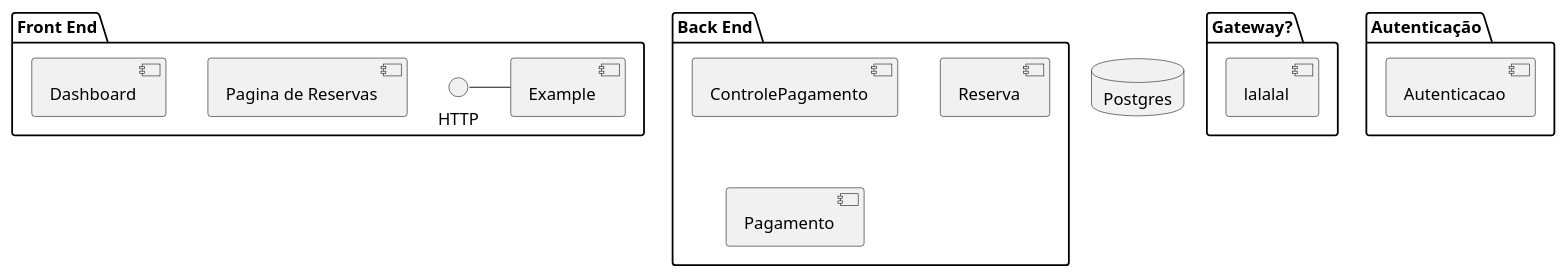
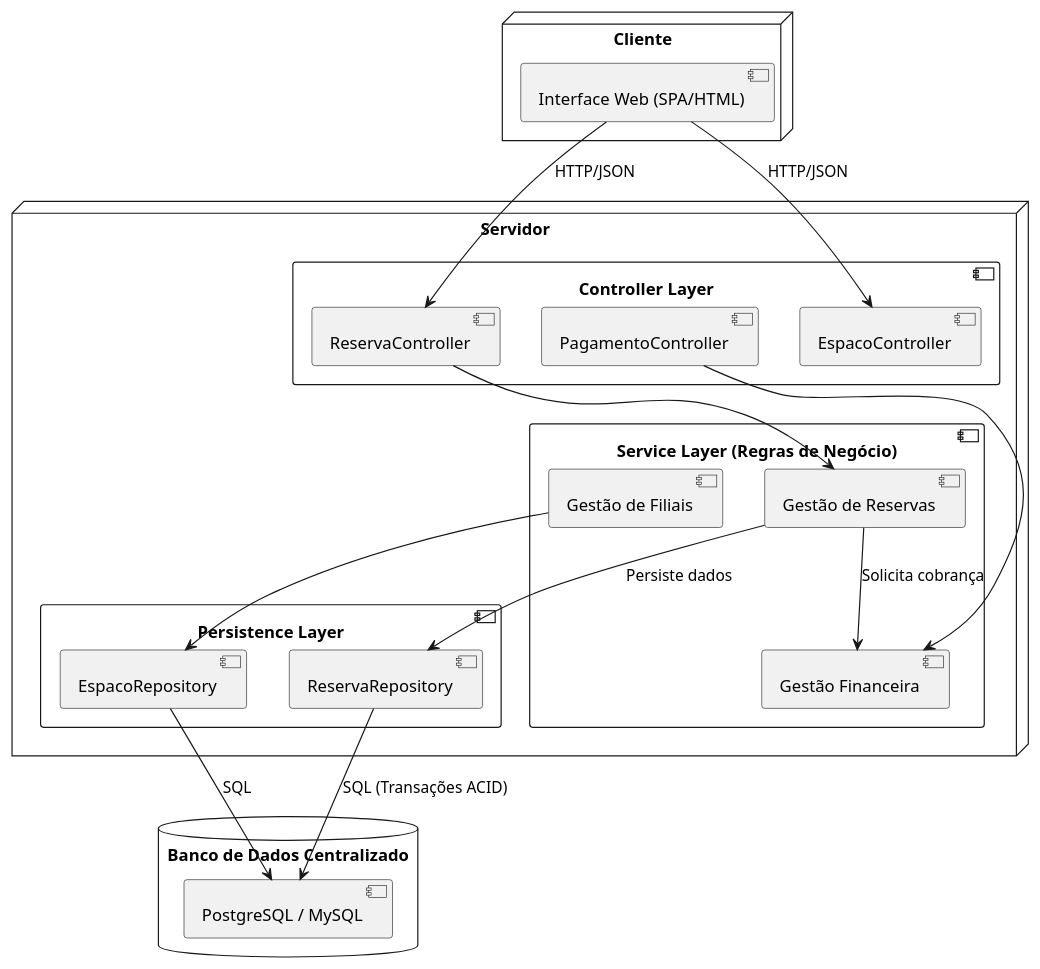
Before and after one commit to papatrock/trabalho-design: the diagram in UML/diagrama-componente.pu, drawn with PlantUML. The commit also changed 1 other file, not shown here.

Commit message:
finaliza diagramas de componente e a sequencia do fluxo de reserva

```diff
--- a/UML/diagrama-componente.pu
+++ b/UML/diagrama-componente.pu
@@ -1,29 +1,44 @@
-@startuml componentes
-package "Front End" {
-    [Pagina de Reservas]
-    [Dashboard]
+@startuml diagrama-componentes
 
-    HTTP - [Example]
+node "Cliente" {
+    [Interface Web (SPA/HTML)] as UI
 }
 
-package "Gateway?" {
-    [lalalal]
+node "Servidor" {
+
+    component "Controller Layer" {
+        [ReservaController]
+        [EspacoController]
+        [PagamentoController]
+    }
+
+    component "Service Layer (Regras de Negócio)" {
+        [Gestão de Reservas] as ServiceReserva
+        [Gestão Financeira] as ServicePagamento
+        [Gestão de Filiais] as ServiceFilial
+    }
+
+    component "Persistence Layer" {
+        [ReservaRepository]
+        [EspacoRepository]
+    }
 }
 
-package "Back End" {
-
-    [ControlePagamento]
-    [Reserva]
-    [Pagamento]
-
+database "Banco de Dados Centralizado" {
+    [PostgreSQL / MySQL] as DB
 }
 
+UI --> [ReservaController] : HTTP/JSON
+UI --> [EspacoController] : HTTP/JSON
 
-package "Autenticação" {
-    [Autenticacao]
-}
+[ReservaController] --> ServiceReserva
+[PagamentoController] --> ServicePagamento
 
-database "Postgres" {
+ServiceReserva --> ServicePagamento : Solicita cobrança
+ServiceReserva --> [ReservaRepository] : Persiste dados
+ServiceFilial --> [EspacoRepository]
 
-}
+[ReservaRepository] --> DB : SQL (Transações ACID)
+[EspacoRepository] --> DB : SQL
+
 @enduml
```
